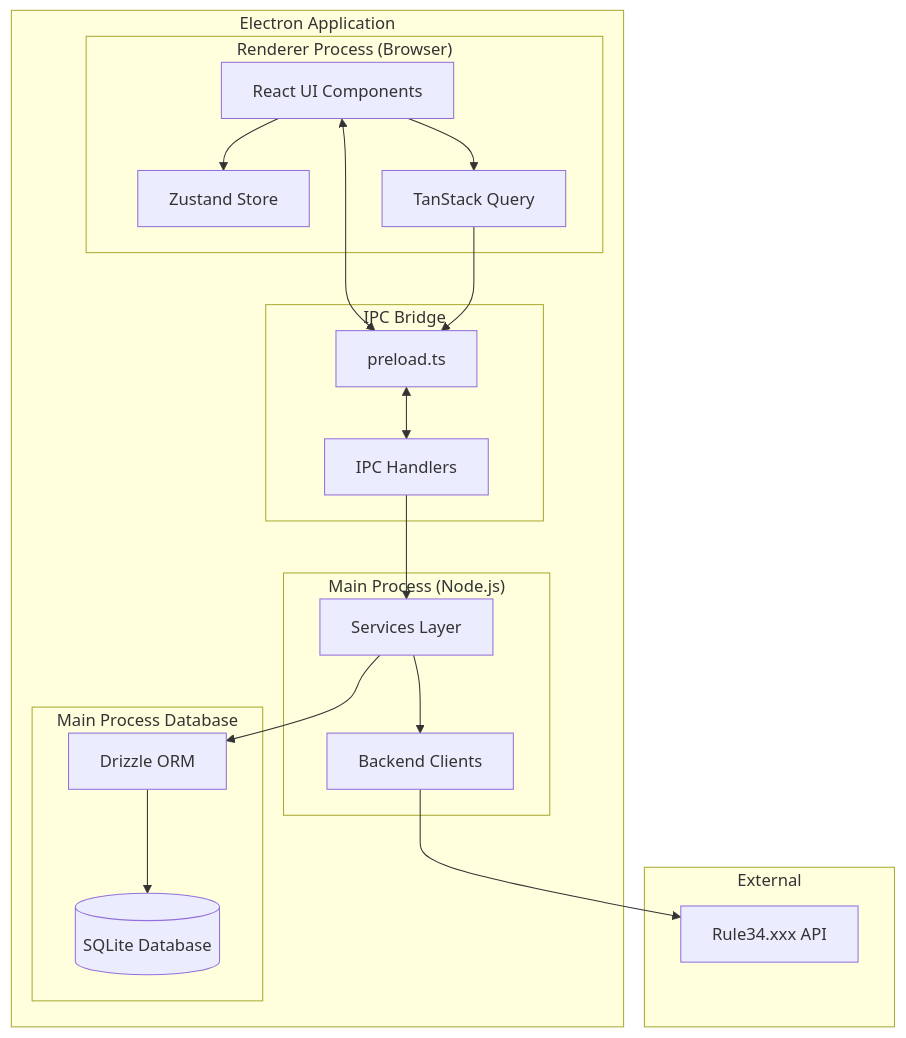
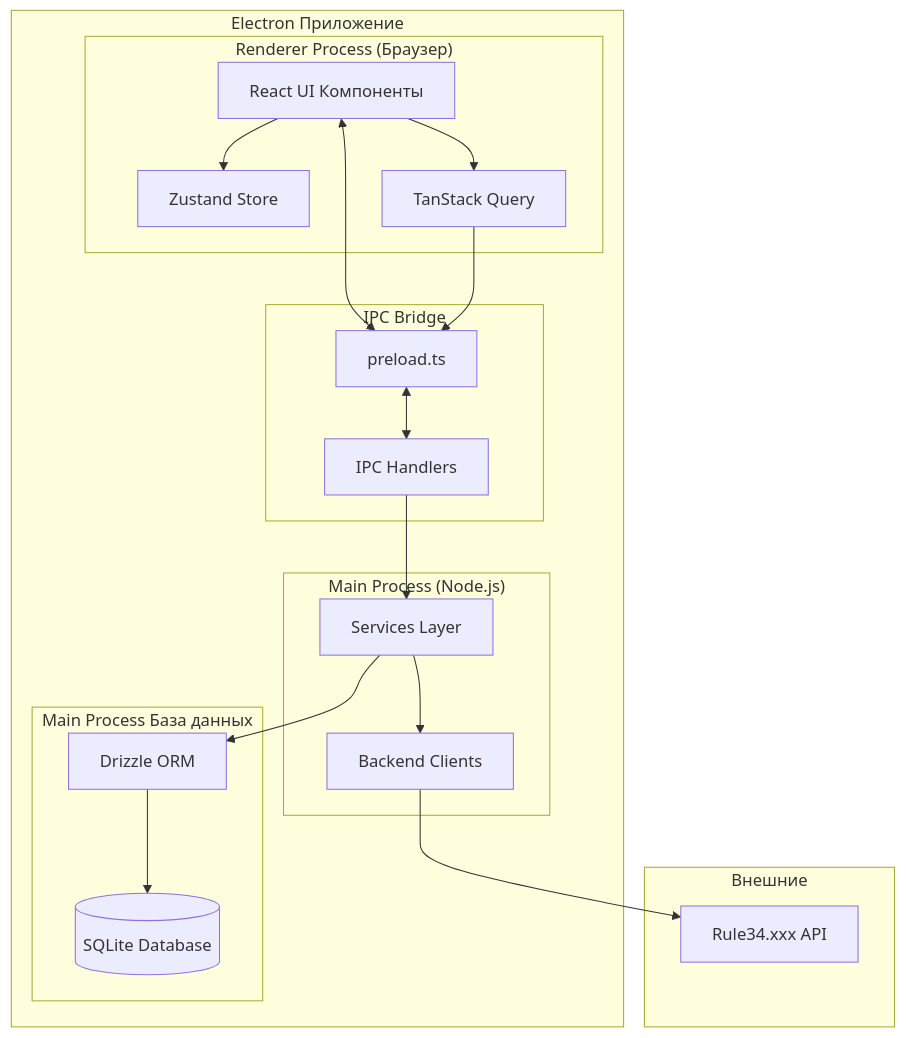
One commit to KazeKaze93/RuleDesk changed the second of 11 diagrams in .docs-i18n/ru/docs/architecture.md. Above: the diagram before and after it, drawn with Mermaid. The commit also changed other lines of this file and 10 other files, not shown here.

````diff
--- a/.docs-i18n/ru/docs/architecture.md
+++ b/.docs-i18n/ru/docs/architecture.md
@@ -134,42 +137,42 @@
 ```mermaid
 graph TB
-    subgraph "Electron Application"
-        subgraph "Renderer Process (Browser)"
-            ReactUI[React UI Components]
+    subgraph "Electron Приложение"
+        subgraph "Renderer Process (Браузер)"
+            ReactUI[React UI Компоненты]
             Zustand[Zustand Store]
             ReactQuery[TanStack Query]
         end
 
         subgraph "IPC Bridge"
             Preload[preload.ts]
             IPC[IPC Handlers]
         end
 
         subgraph "Main Process (Node.js)"
             Services[Services Layer]
             BackendClients[Backend Clients]
         end
 
-        subgraph "Main Process Database"
+        subgraph "Main Process База данных"
             Drizzle[Drizzle ORM]
             SQLite[(SQLite)]
         end
     end
 
-    subgraph "External"
+    subgraph "Внешние"
         Rule34API[Rule34.xxx API]
         SQLite[(SQLite Database)]
     end
 
     ReactUI <--> Preload
     Preload <--> IPC
     IPC --> Services
     Services --> BackendClients
     Services --> Drizzle
     Drizzle --> SQLite
     BackendClients --> Rule34API
 
     ReactUI --> Zustand
     ReactUI --> ReactQuery
     ReactQuery --> Preload
 ```
````
